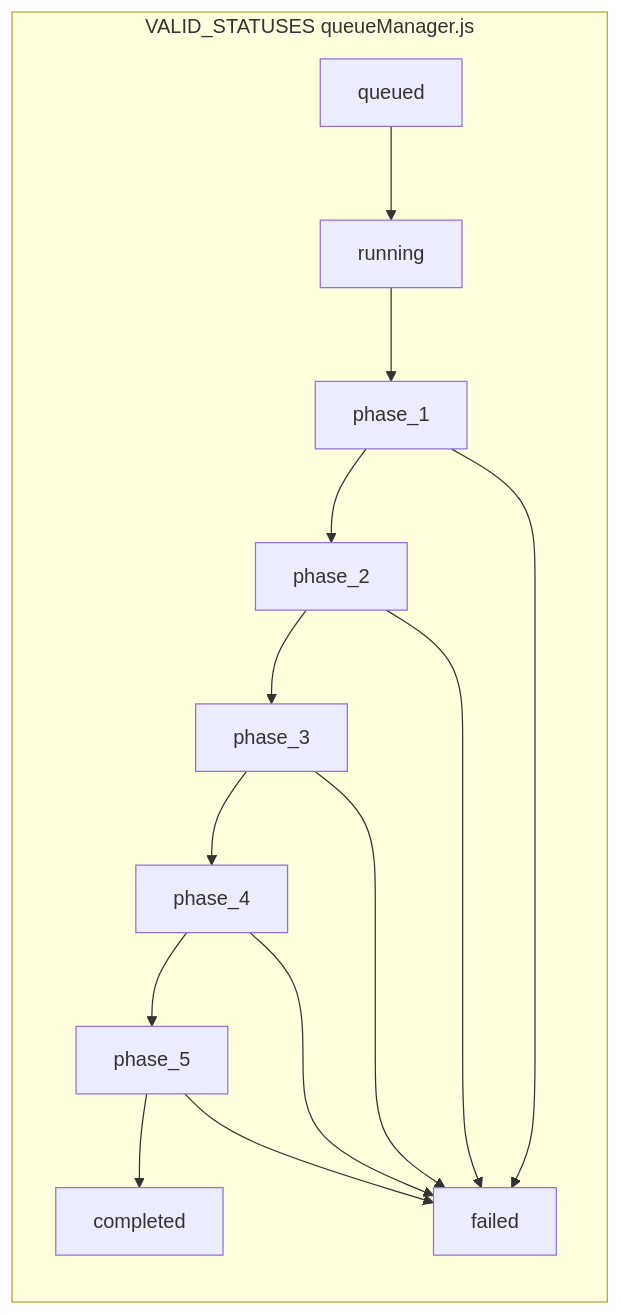
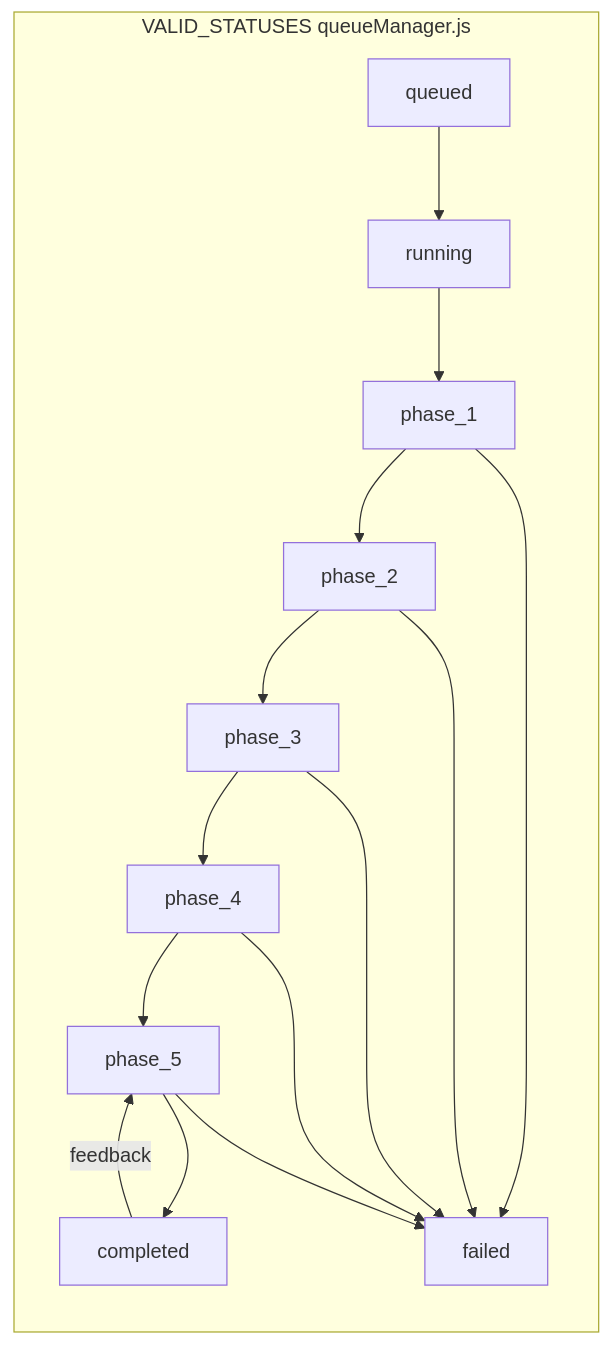
One commit to J-Gierend/gamePocGen changed the second of 8 diagrams in AI/document/06-state-lifecycle.md. Above: the diagram before and after it, drawn with Mermaid. The commit also changed other lines of this file and 5 other files, not shown here.

````diff
--- a/AI/document/06-state-lifecycle.md
+++ b/AI/document/06-state-lifecycle.md
@@ -37,21 +39,22 @@
 ```mermaid
 flowchart LR
     subgraph "VALID_STATUSES queueManager.js"
         S1["queued"]
         S2["running"]
         S3["phase_1"]
         S4["phase_2"]
         S5["phase_3"]
         S6["phase_4"]
         S7["phase_5"]
         S8["completed"]
         S9["failed"]
     end
 
     S1 --> S2 --> S3 --> S4 --> S5 --> S6 --> S7 --> S8
     S3 --> S9
     S4 --> S9
     S5 --> S9
     S6 --> S9
     S7 --> S9
+    S8 -->|"feedback"| S7
 ```
````
